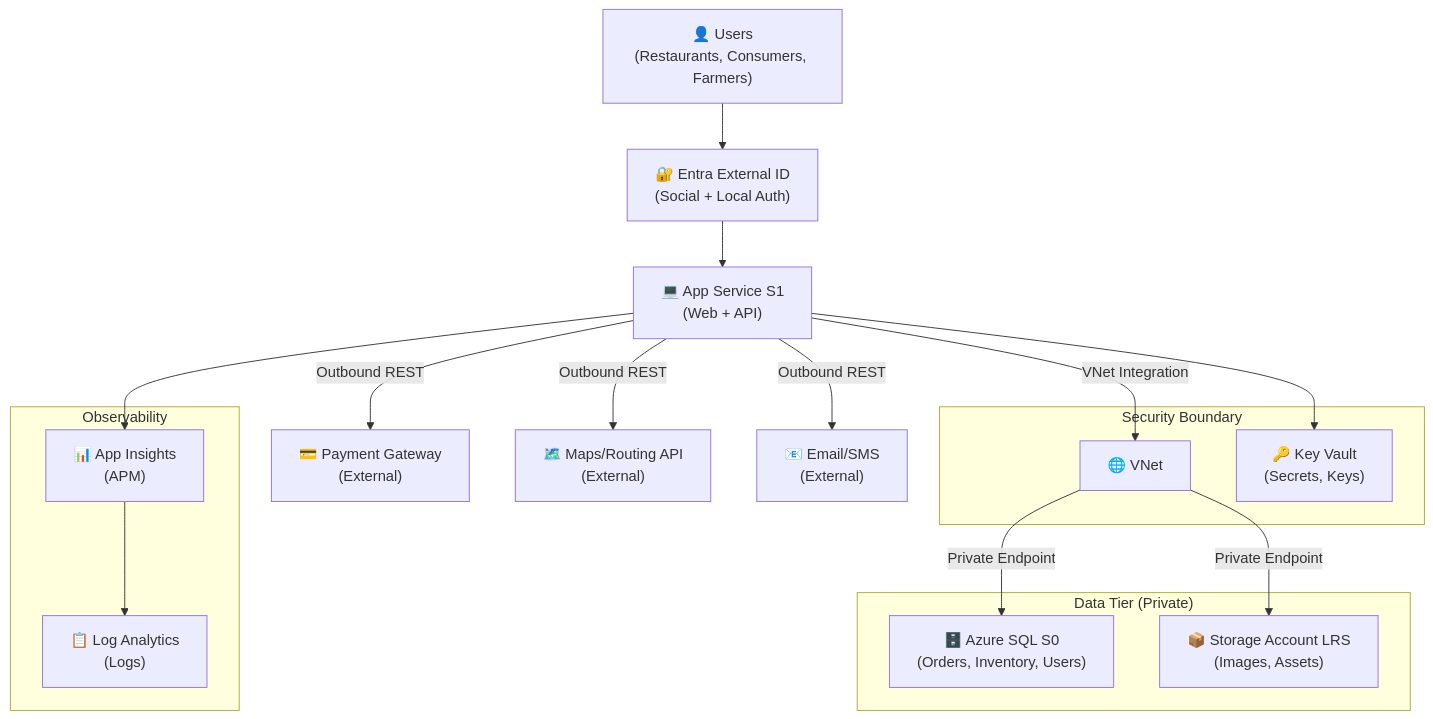
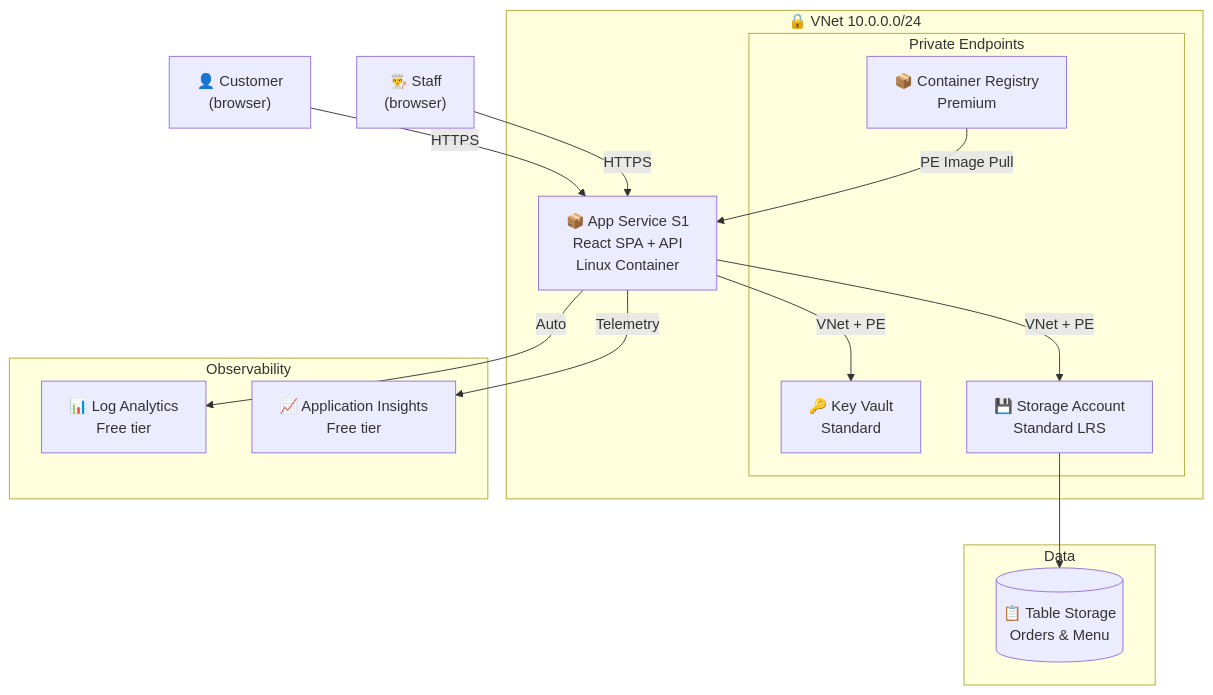
Before and after one commit to jonathan-vella/apex: the diagram in site/src/content/docs/demo/02-architecture/index.md, drawn with Mermaid. The commit also changed other lines of this file and 85 other files, not shown here.

First line of the commit message:
feat(site): overhaul demo content, add JSON schemas, and update scripts (#323)

````diff
--- a/site/src/content/docs/demo/02-architecture/index.md
+++ b/site/src/content/docs/demo/02-architecture/index.md
@@ -50,29 +49,29 @@
 ```mermaid
 flowchart TB
-    Users["👤 Users<br/>(Restaurants, Consumers, Farmers)"] --> EntraID["🔐 Entra External ID<br/>(Social + Local Auth)"]
-    EntraID --> AppService["💻 App Service S1<br/>(Web + API)"]
-    AppService -->|"VNet Integration"| VNet["🌐 VNet"]
-    VNet -->|"Private Endpoint"| SQL["🗄️ Azure SQL S0<br/>(Orders, Inventory, Users)"]
-    VNet -->|"Private Endpoint"| Storage["📦 Storage Account LRS<br/>(Images, Assets)"]
-    AppService --> KV["🔑 Key Vault<br/>(Secrets, Keys)"]
-    AppService --> AppInsights["📊 App Insights<br/>(APM)"]
-    AppInsights --> LogAnalytics["📋 Log Analytics<br/>(Logs)"]
-    AppService -->|"Outbound REST"| PaymentGW["💳 Payment Gateway<br/>(External)"]
-    AppService -->|"Outbound REST"| MapsAPI["🗺️ Maps/Routing API<br/>(External)"]
-    AppService -->|"Outbound REST"| EmailSMS["📧 Email/SMS<br/>(External)"]
+    Customer["👤 Customer<br/>(browser)"] -->|HTTPS| APP["📦 App Service S1<br/>React SPA + API<br/>Linux Container"]
+    Staff["👨‍🍳 Staff<br/>(browser)"] -->|HTTPS| APP
+    APP -->|VNet + PE| KV["🔑 Key Vault<br/>Standard"]
+    APP -->|VNet + PE| ST["💾 Storage Account<br/>Standard LRS"]
+    ST --> TBL[("📋 Table Storage<br/>Orders & Menu")]
+    ACR["📦 Container Registry<br/>Premium"] -->|PE Image Pull| APP
+    APP -->|Auto| LA["📊 Log Analytics<br/>Free tier"]
+    APP -->|Telemetry| AI["📈 Application Insights<br/>Free tier"]
 
-    subgraph "Security Boundary"
-        KV
-        VNet
+    subgraph VNet["🔒 VNet 10.0.0.0/24"]
+        APP
+        subgraph PE-Subnet["Private Endpoints"]
+            KV
+            ST
+            ACR
+        end
     end
 
-    subgraph "Data Tier (Private)"
-        SQL
-        Storage
+    subgraph Data
+        TBL
     end
 
-    subgraph "Observability"
-        AppInsights
-        LogAnalytics
+    subgraph Observability
+        LA
+        AI
     end
 ```
````
